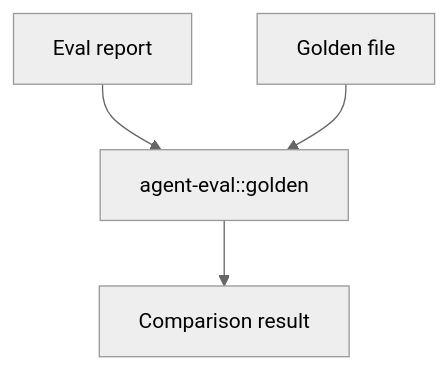
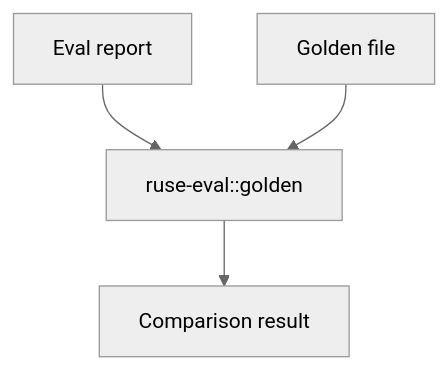
Before and after one commit to poneding/agent: the diagram in docs/specs/M27-03-golden-evidence-comparison.spec.md, drawn with Mermaid (neutral theme). The commit also changed other lines of this file and 2091 other files, not shown here.

First line of the commit message:
refactor: rename agent branding to ruse

````diff
--- a/docs/specs/M27-03-golden-evidence-comparison.spec.md
+++ b/docs/specs/M27-03-golden-evidence-comparison.spec.md
@@ -31,6 +31,6 @@
 ```mermaid
 flowchart TD
-  Actual["Eval report"] --> Golden["agent-eval::golden"]
+  Actual["Eval report"] --> Golden["ruse-eval::golden"]
   Expected["Golden file"] --> Golden
   Golden --> Result["Comparison result"]
 ```
````
